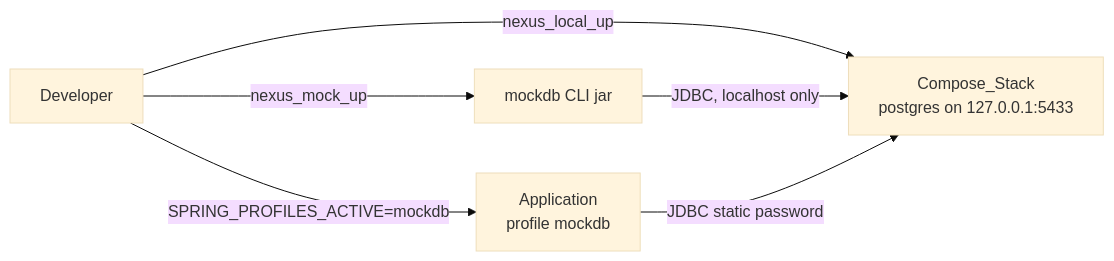
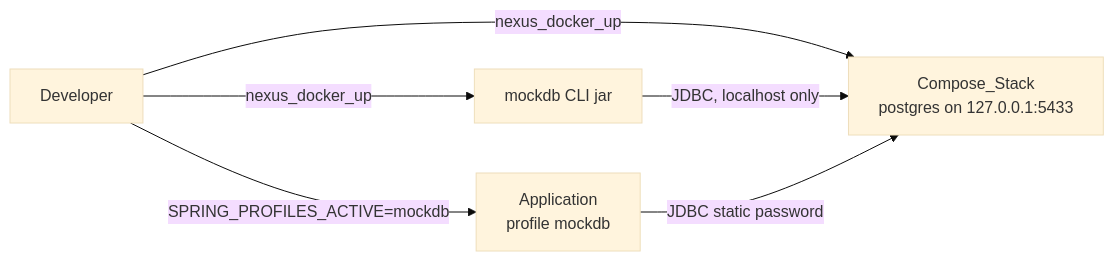
The second of 4 diagrams in .kiro/specs/offline-mockdb/design.md (umccr/orcanexus), drawn with Mermaid (base theme) before and after one commit. The commit also changed other lines of this file and 89 other files, not shown here.

First line of the commit message:
feat: add offline mock database dev path and rename profile local to tunnel

````diff
--- a/.kiro/specs/offline-mockdb/design.md
+++ b/.kiro/specs/offline-mockdb/design.md
@@ -84,12 +86,12 @@
 ```mermaid
 graph LR
     dev[Developer]
     cli[mockdb CLI jar]
     compose[Compose_Stack<br/>postgres on 127.0.0.1:5433]
     app[Application<br/>profile mockdb]
-    dev -->|nexus_local_up| compose
-    dev -->|nexus_mock_up| cli
+    dev -->|nexus_docker_up| compose
+    dev -->|nexus_docker_up| cli
     cli -->|JDBC, localhost only| compose
     dev -->|SPRING_PROFILES_ACTIVE=mockdb| app
     app -->|JDBC static password| compose
 ```
````
